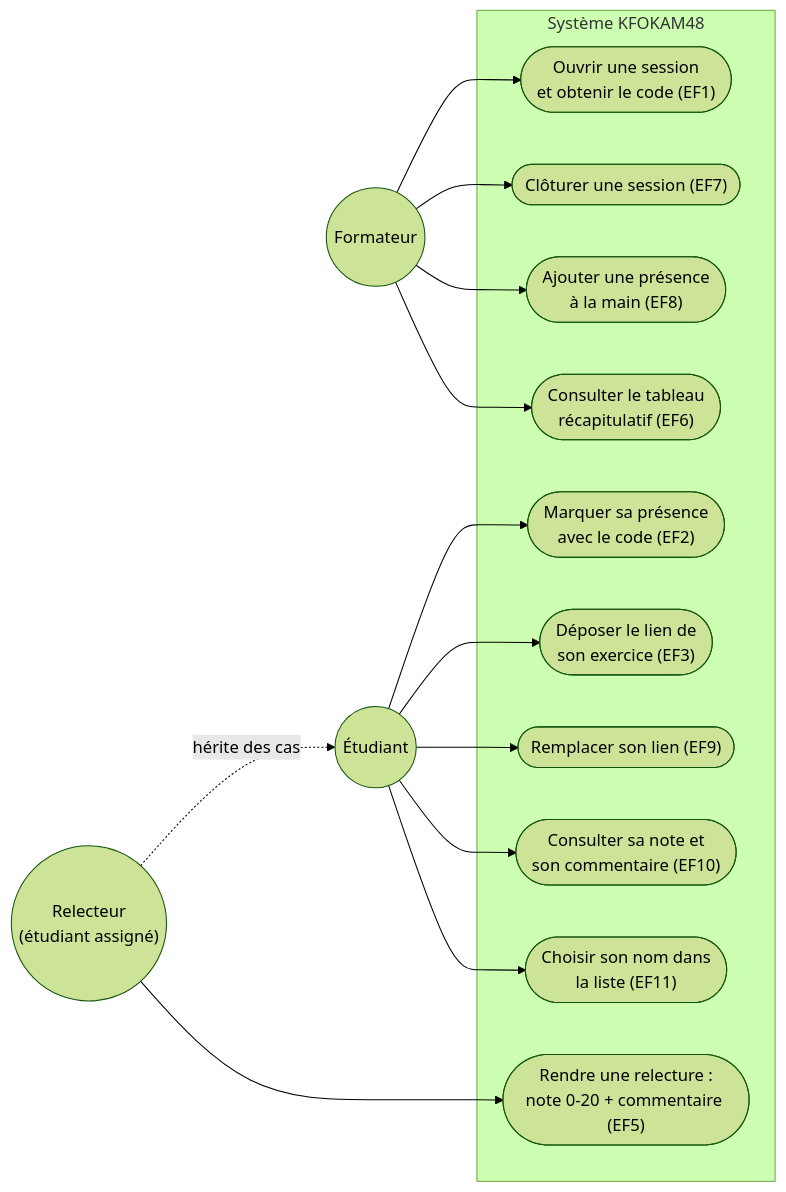
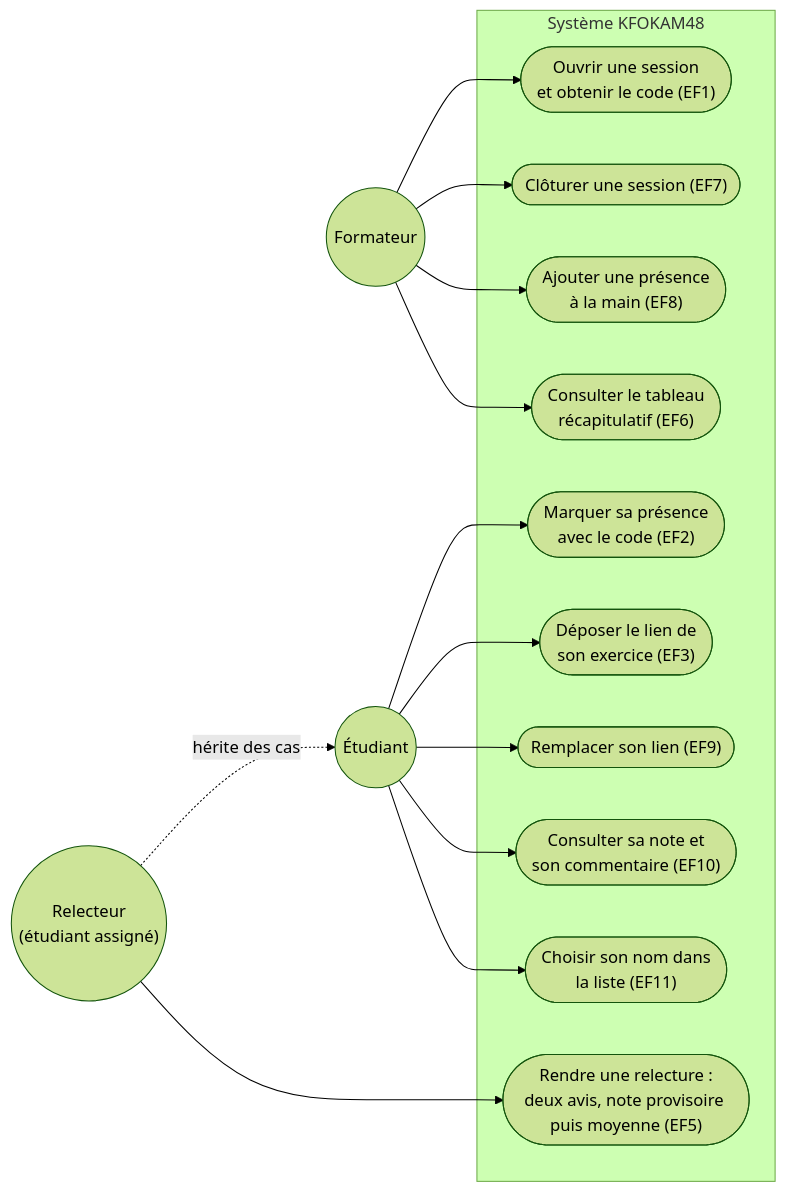
The diagram in docs/diagrammes/D1-cas-utilisation.md (steph0502/kfokam48-epreuve-258), drawn with Mermaid (forest theme) before and after one commit. The commit also changed 5 other files, not shown here.

First line of the commit message:
docs(etape-3): documenter deux relecteurs et le provisoire

````diff
--- a/docs/diagrammes/D1-cas-utilisation.md
+++ b/docs/diagrammes/D1-cas-utilisation.md
@@ -6,33 +6,33 @@
 ```mermaid
 graph LR
     FORMATEUR((Formateur))
     ETUDIANT((Étudiant))
     RELECTEUR(("Relecteur<br/>(étudiant assigné)"))
 
     subgraph Système["Système KFOKAM48"]
         UC1(["Ouvrir une session<br/>et obtenir le code (EF1)"])
         UC2(["Clôturer une session (EF7)"])
         UC3(["Ajouter une présence<br/>à la main (EF8)"])
         UC4(["Consulter le tableau<br/>récapitulatif (EF6)"])
         UC5(["Marquer sa présence<br/>avec le code (EF2)"])
         UC6(["Déposer le lien de<br/>son exercice (EF3)"])
         UC7(["Remplacer son lien (EF9)"])
         UC8(["Consulter sa note et<br/>son commentaire (EF10)"])
         UC9(["Choisir son nom dans<br/>la liste (EF11)"])
-        UC10(["Rendre une relecture :<br/>note 0-20 + commentaire (EF5)"])
+        UC10(["Rendre une relecture :<br/>deux avis, note provisoire puis moyenne (EF5)"])
     end
 
     FORMATEUR --> UC1
     FORMATEUR --> UC2
     FORMATEUR --> UC3
     FORMATEUR --> UC4
 
     ETUDIANT --> UC9
     ETUDIANT --> UC5
     ETUDIANT --> UC6
     ETUDIANT --> UC7
     ETUDIANT --> UC8
 
     RELECTEUR --> UC10
     RELECTEUR -.->|hérite des cas| ETUDIANT
 ```
````
